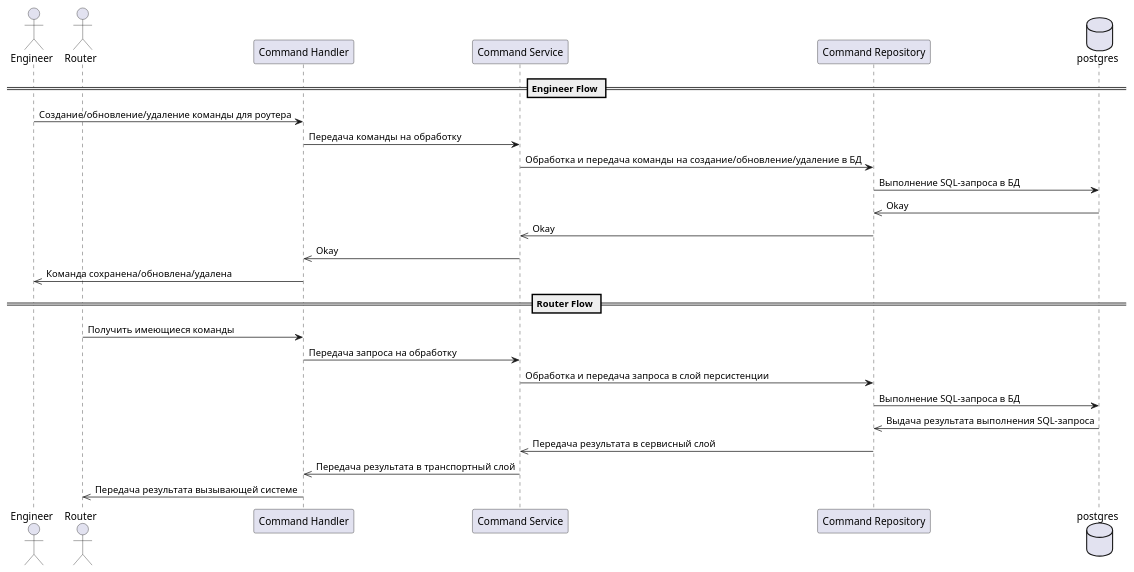
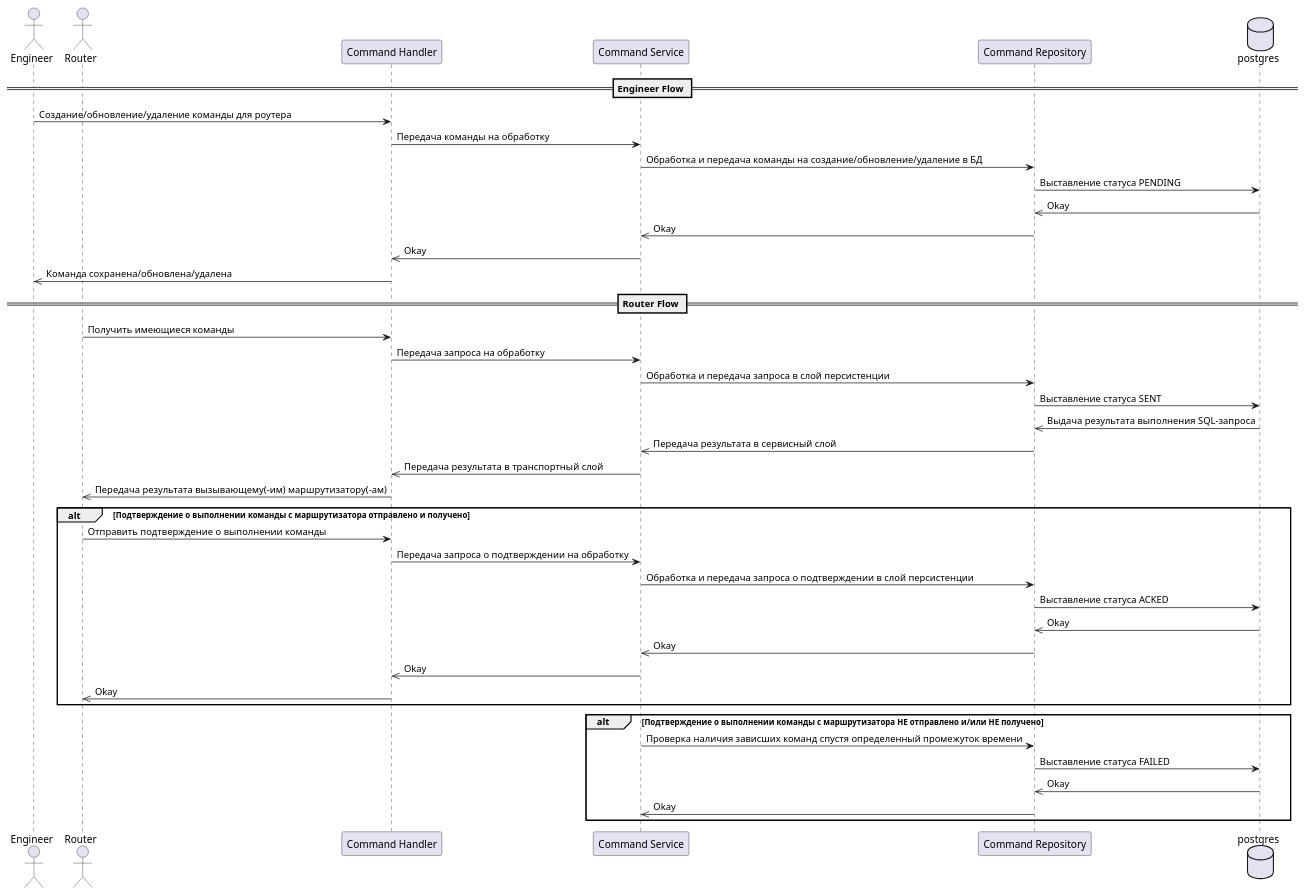
The diagram in diagrams/sequence_rms.puml (denfort50/iot-platform-yankee-dkalchenko), drawn with PlantUML before and after one commit.

Commit message:
Модуль 6: доработка диаграммы последовательности

```diff
--- a/diagrams/sequence_rms.puml
+++ b/diagrams/sequence_rms.puml
@@ -1,28 +1,46 @@
 @startuml
 actor "Engineer" as E order 1
 actor "Router" as R order 2
 participant "Command Handler" as CH order 3
 participant "Command Service" as CS order 4
 participant "Command Repository" as CR order 5
 database "postgres" as DB order 6
 
 == Engineer Flow ==
 E -> CH: Создание/обновление/удаление команды для роутера
 CH -> CS: Передача команды на обработку
 CS -> CR: Обработка и передача команды на создание/обновление/удаление в БД
-CR -> DB: Выполнение SQL-запроса в БД
+CR -> DB: Выставление статуса PENDING
 DB ->> CR: Okay
 CR ->> CS: Okay
 CS ->> CH: Okay
 CH ->> E: Команда сохранена/обновлена/удалена
 == Router Flow ==
 R -> CH: Получить имеющиеся команды
 CH -> CS: Передача запроса на обработку
 CS -> CR: Обработка и передача запроса в слой персистенции
-CR -> DB: Выполнение SQL-запроса в БД
+CR -> DB: Выставление статуса SENT
 DB ->> CR: Выдача результата выполнения SQL-запроса
 CR ->> CS: Передача результата в сервисный слой
 CS ->> CH: Передача результата в транспортный слой
-CH ->> R: Передача результата вызывающей системе
+CH ->> R: Передача результата вызывающему(-им) маршрутизатору(-ам)
+
+alt Подтверждение о выполнении команды с маршрутизатора отправлено и получено
+    R -> CH: Отправить подтверждение о выполнении команды
+    CH -> CS: Передача запроса о подтверждении на обработку
+    CS -> CR: Обработка и передача запроса о подтверждении в слой персистенции
+    CR -> DB: Выставление статуса ACKED
+    DB ->> CR: Okay
+    CR ->> CS: Okay
+    CS ->> CH: Okay
+    CH ->> R: Okay
+end
+
+alt Подтверждение о выполнении команды с маршрутизатора НЕ отправлено и/или НЕ получено
+    CS -> CR: Проверка наличия зависших команд спустя определенный промежуток времени
+    CR -> DB: Выставление статуса FAILED
+    DB ->> CR: Okay
+    CR ->> CS: Okay
+end
 
 @enduml
```
